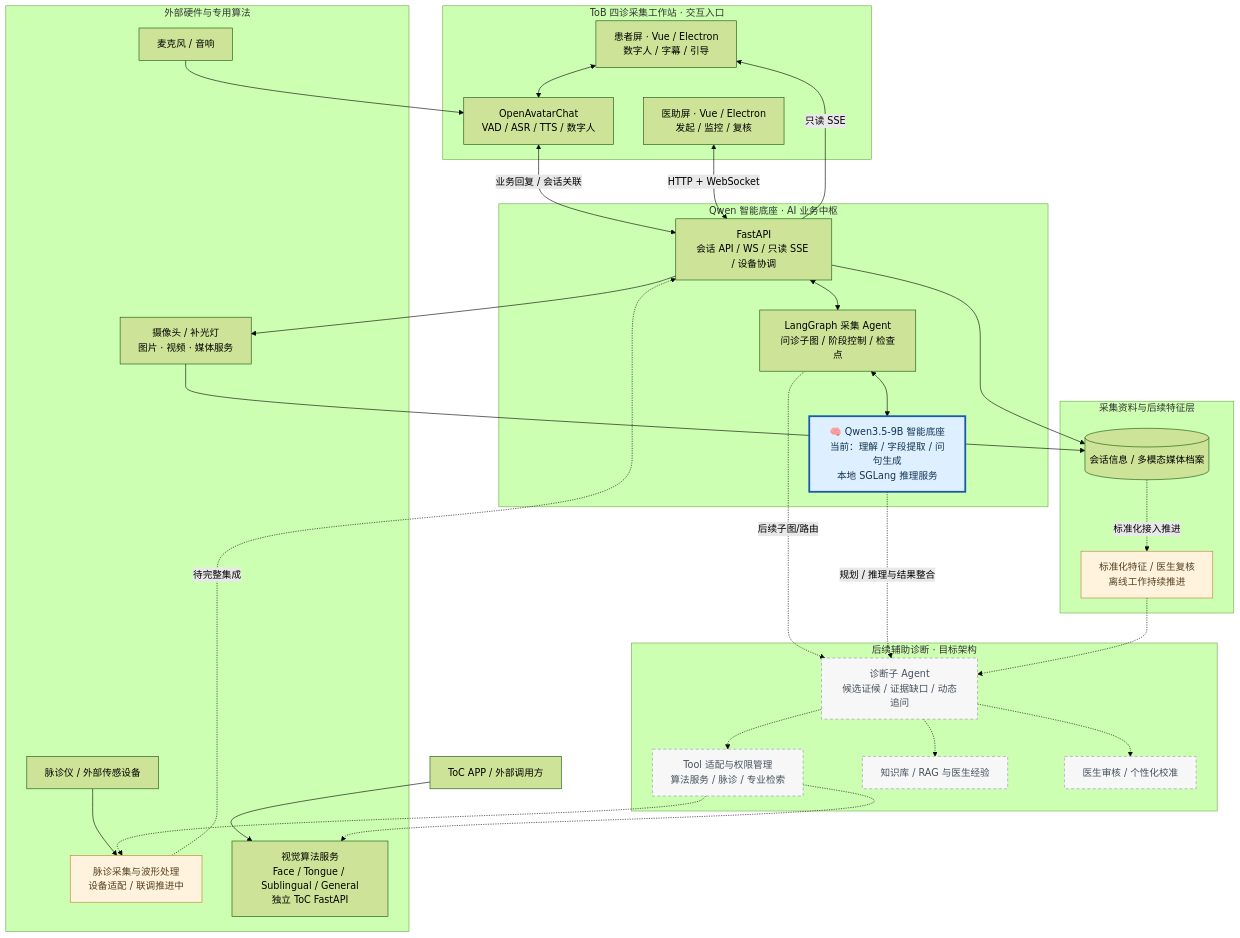
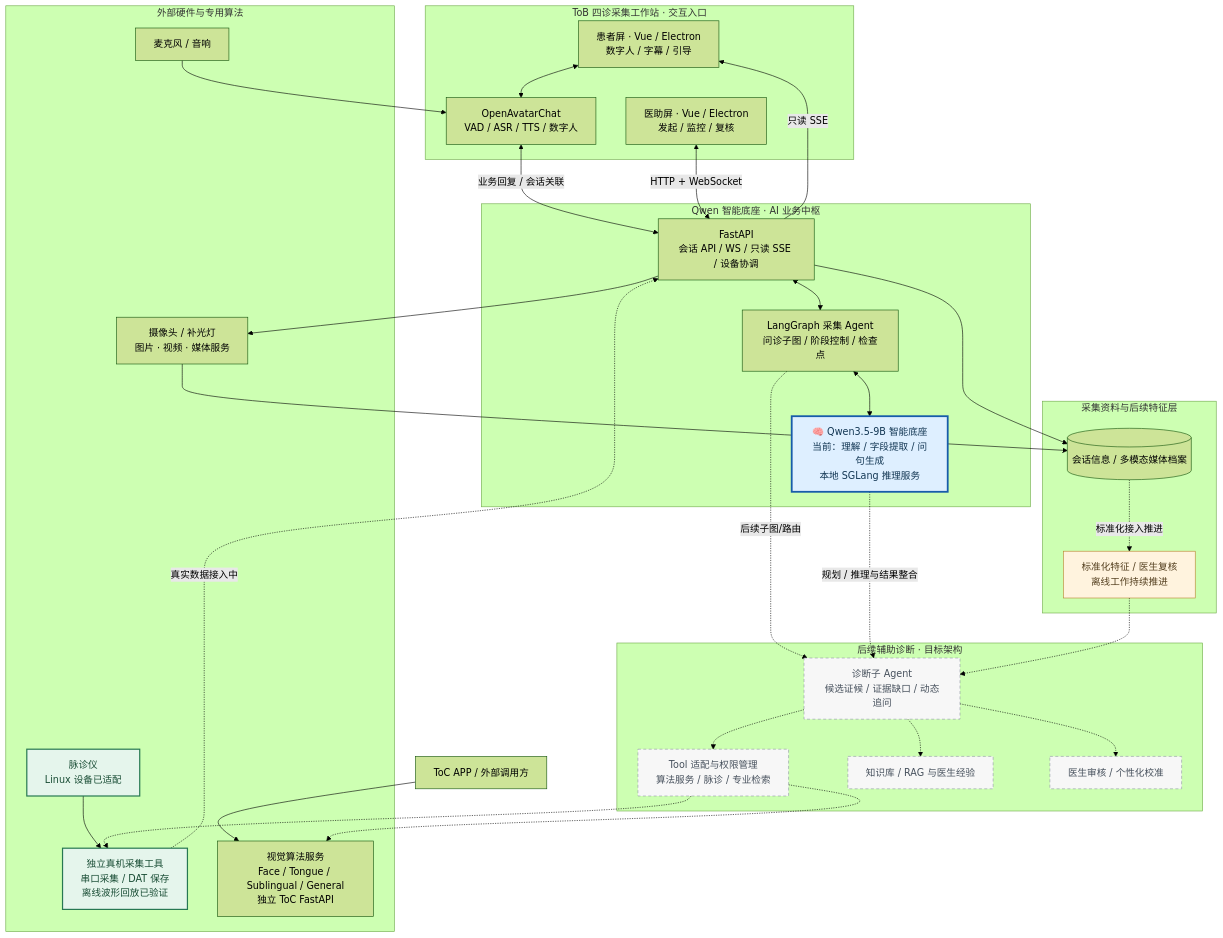
Before and after one commit to Shenchen-Liu/TCM-AI-Portfolio: the diagram in README.md, drawn with Mermaid (forest theme). The commit also changed other lines of this file, not shown here.

Commit message:
docs: show architecture diagram inline and reflect Linux pulse device adaptation

````diff
--- a/README.md
+++ b/README.md
@@ -40,61 +39,63 @@
 ```mermaid
 flowchart TB
   subgraph Human["ToB 四诊采集工作站 · 交互入口"]
     PAT["患者屏 · Vue / Electron<br/>数字人 / 字幕 / 引导"]
     STAFF["医助屏 · Vue / Electron<br/>发起 / 监控 / 复核"]
     OAC["OpenAvatarChat<br/>VAD / ASR / TTS / 数字人"]
   end
   subgraph Brain["Qwen 智能底座 · AI 业务中枢"]
     BACK["FastAPI<br/>会话 API / WS / 只读 SSE / 设备协调"]
     GRAPH["LangGraph 采集 Agent<br/>问诊子图 / 阶段控制 / 检查点"]
     QWEN["🧠 Qwen3.5-9B 智能底座<br/>当前：理解 / 字段提取 / 问句生成<br/>本地 SGLang 推理服务"]
   end
   subgraph Sources["外部硬件与专用算法"]
     CAM["摄像头 / 补光灯<br/>图片 · 视频 · 媒体服务"]
     MIC["麦克风 / 音响"]
-    PULSE["脉诊仪 / 外部传感设备"]
-    PULSAPP["脉诊采集与波形处理<br/>设备适配 / 联调推进中"]
+    PULSE["脉诊仪<br/>Linux 设备已适配"]
+    PULSAPP["独立真机采集工具<br/>串口采集 / DAT 保存<br/>离线波形回放已验证"]
     VIS["视觉算法服务<br/>Face / Tongue / Sublingual / General<br/>独立 ToC FastAPI"]
   end
   subgraph Data["采集资料与后续特征层"]
     REC[("会话信息 / 多模态媒体档案")]
     STANDARD["标准化特征 / 医生复核<br/>离线工作持续推进"]
   end
   subgraph Roadmap["后续辅助诊断 · 目标架构"]
     DIAG["诊断子 Agent<br/>候选证候 / 证据缺口 / 动态追问"]
     TOOL["Tool 适配与权限管理<br/>算法服务 / 脉诊 / 专业检索"]
     RAG["知识库 / RAG 与医生经验"]
     REVIEW["医生审核 / 个性化校准"]
   end
   APP["ToC APP / 外部调用方"]
 
   PAT <--> OAC
   MIC --> OAC
   OAC <-->|"业务回复 / 会话关联"| BACK
   STAFF <-->|"HTTP + WebSocket"| BACK
   BACK -->|"只读 SSE"| PAT
   BACK <--> GRAPH
   GRAPH <--> QWEN
   BACK --> CAM
   CAM --> REC
   BACK --> REC
   APP --> VIS
   PULSE --> PULSAPP
-  PULSAPP -.->|"待完整集成"| BACK
+  PULSAPP -.->|"真实数据接入中"| BACK
   REC -.->|"标准化接入推进"| STANDARD
   GRAPH -.->|"后续子图/路由"| DIAG
   QWEN -.->|"规划 / 推理与结果整合"| DIAG
   STANDARD -.-> DIAG
   DIAG -.-> TOOL
   DIAG -.-> RAG
   DIAG -.-> REVIEW
   TOOL -.-> VIS
   TOOL -.-> PULSAPP
 
   classDef brain fill:#deefff,stroke:#175caa,stroke-width:3px,color:#123653;
   classDef planned fill:#f7f7f7,stroke:#9098a4,stroke-dasharray:5 4,color:#47515d;
   classDef ongoing fill:#fff3de,stroke:#b9802e,color:#554020;
+  classDef adapted fill:#e5f5ec,stroke:#277852,stroke-width:2px,color:#194d35;
   class QWEN brain;
   class DIAG,TOOL,RAG,REVIEW planned;
-  class PULSAPP,STANDARD ongoing;
+  class STANDARD ongoing;
+  class PULSE,PULSAPP adapted;
 ```
````
